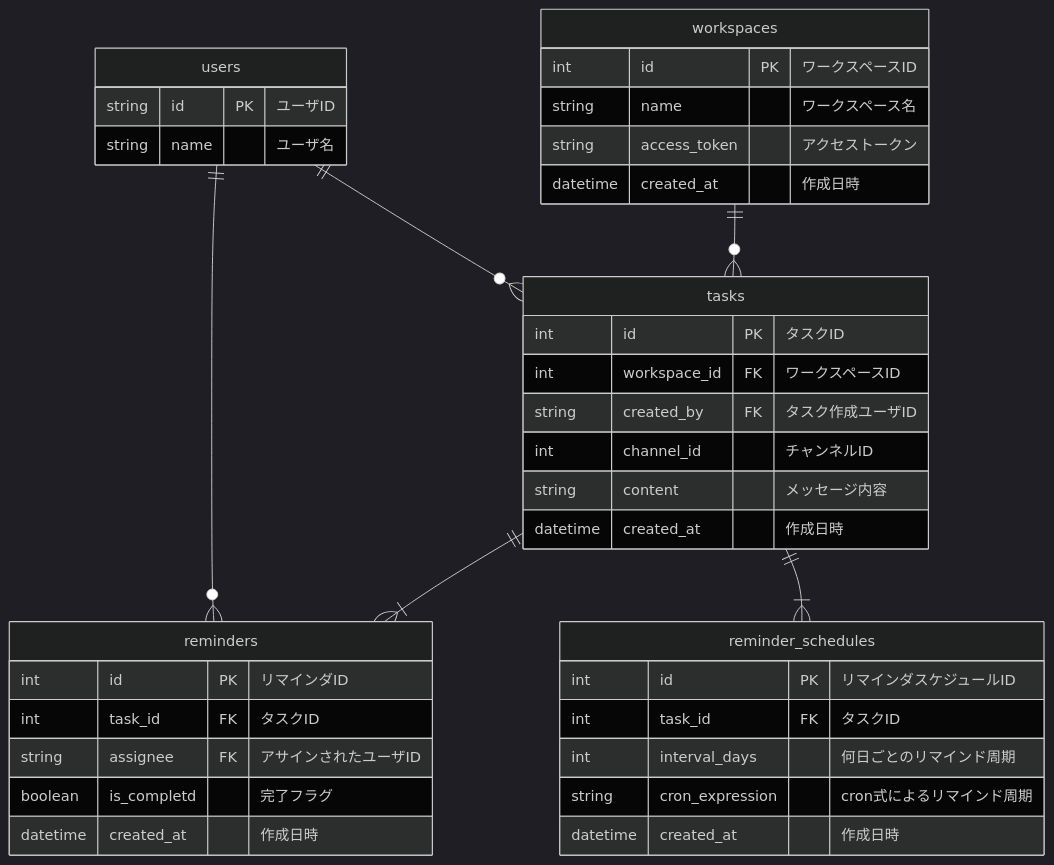
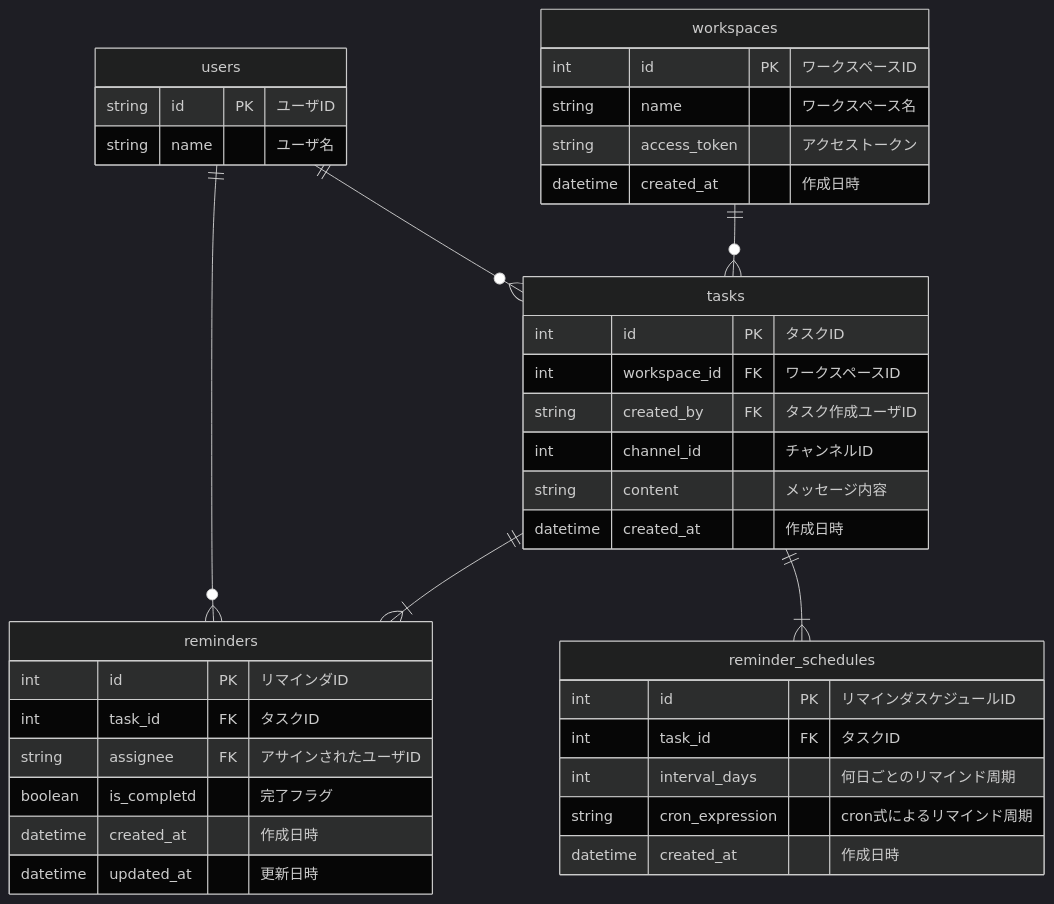
Before and after one commit to ssfuno/praha_issues: the diagram in db_modeling_4/issue.md, drawn with Mermaid (dark theme). The commit also changed 1 other file, not shown here.

Commit message:
fix: remindersテーブルに更新日時カラム追加

````diff
--- a/db_modeling_4/issue.md
+++ b/db_modeling_4/issue.md
@@ -30,45 +30,46 @@
 ```mermaid
 erDiagram
     users ||--o{ tasks : ""
     workspaces ||--o{ tasks : ""
     users ||--o{ reminders : ""
     tasks ||--|{ reminders : ""
     tasks ||--|{ reminder_schedules : ""
 
     users {
         string id PK "ユーザID"
         string name "ユーザ名"
     }
 
     workspaces {
         int id PK "ワークスペースID"
         string name "ワークスペース名"
         string access_token "アクセストークン"
         datetime created_at "作成日時"
     }
 
     tasks {
         int id PK "タスクID"
         int workspace_id FK "ワークスペースID"
         string created_by FK "タスク作成ユーザID"
         int channel_id "チャンネルID"
         string content "メッセージ内容"
         datetime created_at "作成日時"
     }
 
     reminders {
         int id PK "リマインダID"
         int task_id FK "タスクID"
         string assignee FK "アサインされたユーザID"
         boolean is_completd "完了フラグ"
         datetime created_at "作成日時"
+        datetime updated_at "更新日時"
     }
 
     reminder_schedules {
         int id PK "リマインダスケジュールID"
         int task_id FK "タスクID"
         int interval_days "何日ごとのリマインド周期"
         string cron_expression "cron式によるリマインド周期"
         datetime created_at "作成日時"
     }
 ```
````
